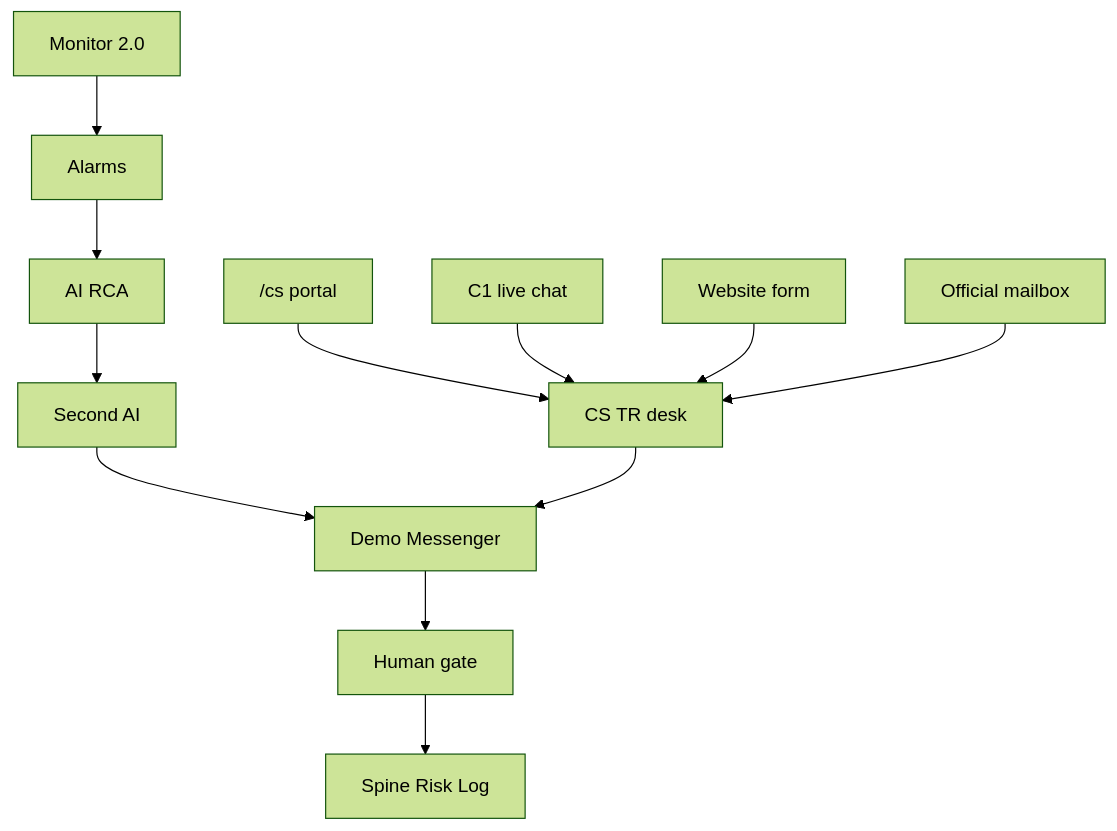
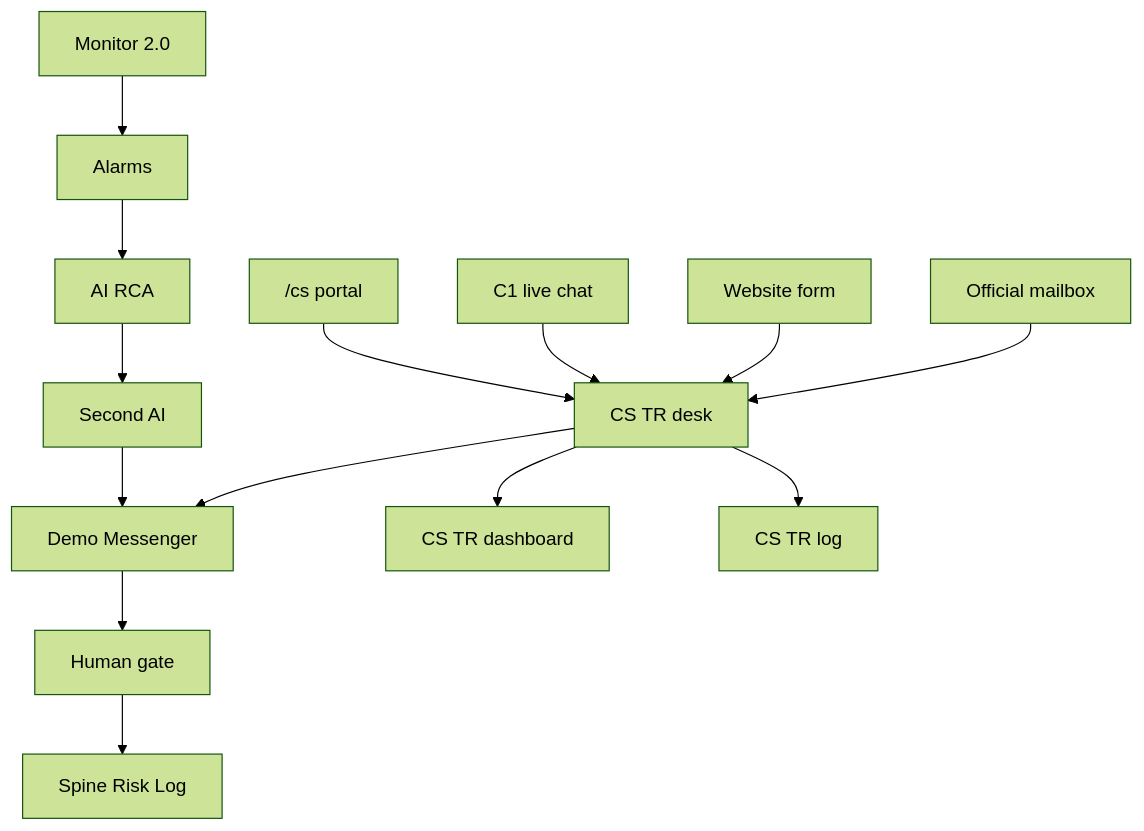
The first of 9 diagrams in platform/docs/TSD.md (hxyan2020/PRD), drawn with Mermaid (forest theme) before and after one commit. The commit also changed other lines of this file and 35 other files, not shown here.

First line of the commit message:
Add a dedicated CS/TR dashboard and log, separate from Daily Performance and Risk Log.

````diff
--- a/platform/docs/TSD.md
+++ b/platform/docs/TSD.md
@@ -50,14 +51,16 @@
 ```mermaid
 graph TD
   Mon[Monitor 2.0] --> Alarm[Alarms]
   Alarm --> Rca[AI RCA]
   Rca --> Ch[Second AI]
   Ch --> Msg[Demo Messenger]
   Portal["/cs portal"] --> Cs[CS TR desk]
   C1[C1 live chat] --> Cs
   Form[Website form] --> Cs
   Mail[Official mailbox] --> Cs
   Cs --> Msg
+  Cs --> Dash[CS TR dashboard]
+  Cs --> Log[CS TR log]
   Msg --> Gate[Human gate]
   Gate --> Spine[Spine Risk Log]
 ```
````
